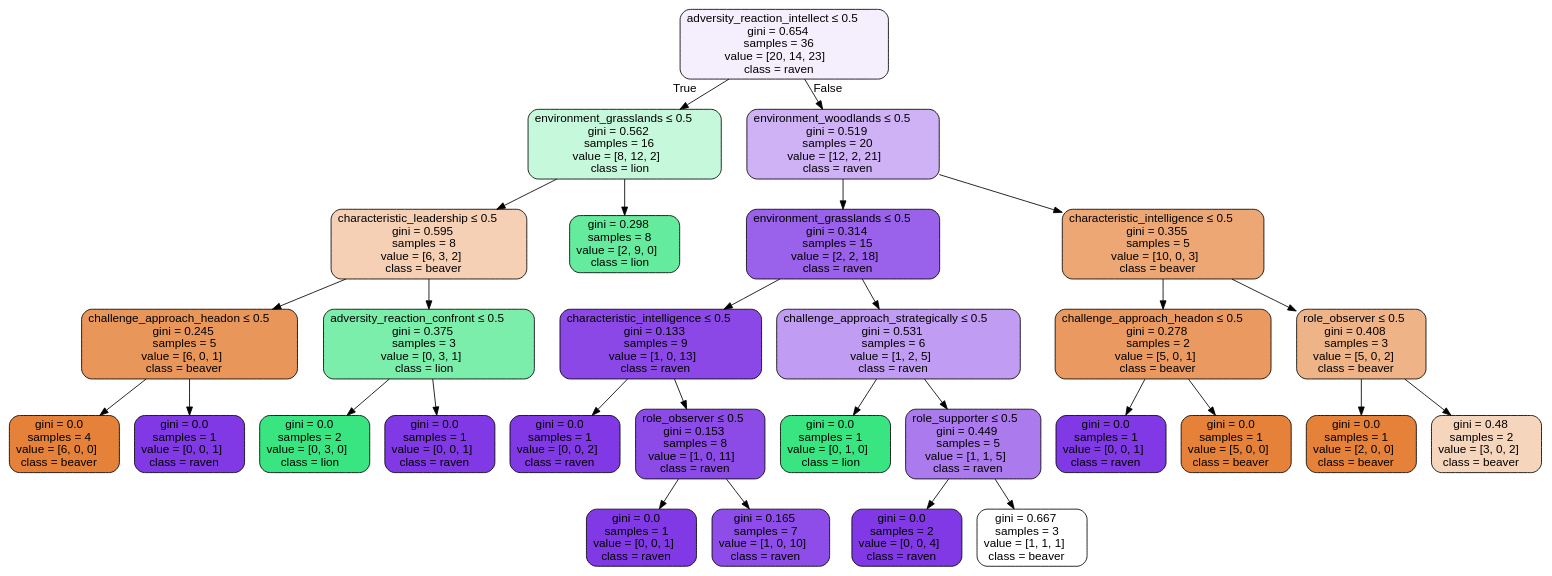
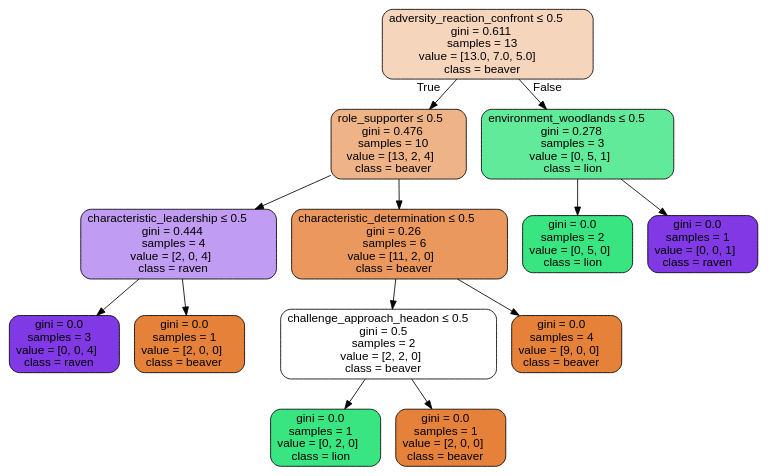
The diagram in BE/graph.dot (rphlmnbt/spirit-animal-test), drawn with Graphviz before and after one commit. The commit also changed 2 other files, not shown here.

```diff
--- a/BE/graph.dot
+++ b/BE/graph.dot
@@ -1,61 +1,29 @@
 digraph Tree {
 node [shape=box, style="filled, rounded", color="black", fontname="helvetica"] ;
 edge [fontname="helvetica"] ;
-0 [label=<adversity_reaction_intellect &le; 0.5<br/>gini = 0.654<br/>samples = 36<br/>value = [20, 14, 23]<br/>class = raven>, fillcolor="#f5effd"] ;
-1 [label=<environment_grasslands &le; 0.5<br/>gini = 0.562<br/>samples = 16<br/>value = [8, 12, 2]<br/>class = lion>, fillcolor="#c6f8db"] ;
+0 [label=<adversity_reaction_confront &le; 0.5<br/>gini = 0.611<br/>samples = 13<br/>value = [13.0, 7.0, 5.0]<br/>class = beaver>, fillcolor="#f6d5bd"] ;
+1 [label=<role_supporter &le; 0.5<br/>gini = 0.476<br/>samples = 10<br/>value = [13, 2, 4]<br/>class = beaver>, fillcolor="#efb388"] ;
 0 -> 1 [labeldistance=2.5, labelangle=45, headlabel="True"] ;
-2 [label=<characteristic_leadership &le; 0.5<br/>gini = 0.595<br/>samples = 8<br/>value = [6, 3, 2]<br/>class = beaver>, fillcolor="#f5d0b5"] ;
+2 [label=<characteristic_leadership &le; 0.5<br/>gini = 0.444<br/>samples = 4<br/>value = [2, 0, 4]<br/>class = raven>, fillcolor="#c09cf2"] ;
 1 -> 2 ;
-3 [label=<challenge_approach_headon &le; 0.5<br/>gini = 0.245<br/>samples = 5<br/>value = [6, 0, 1]<br/>class = beaver>, fillcolor="#e9965a"] ;
+3 [label=<gini = 0.0<br/>samples = 3<br/>value = [0, 0, 4]<br/>class = raven>, fillcolor="#8139e5"] ;
 2 -> 3 ;
-4 [label=<gini = 0.0<br/>samples = 4<br/>value = [6, 0, 0]<br/>class = beaver>, fillcolor="#e58139"] ;
-3 -> 4 ;
-5 [label=<gini = 0.0<br/>samples = 1<br/>value = [0, 0, 1]<br/>class = raven>, fillcolor="#8139e5"] ;
-3 -> 5 ;
-6 [label=<adversity_reaction_confront &le; 0.5<br/>gini = 0.375<br/>samples = 3<br/>value = [0, 3, 1]<br/>class = lion>, fillcolor="#7beeab"] ;
-2 -> 6 ;
-7 [label=<gini = 0.0<br/>samples = 2<br/>value = [0, 3, 0]<br/>class = lion>, fillcolor="#39e581"] ;
+4 [label=<gini = 0.0<br/>samples = 1<br/>value = [2, 0, 0]<br/>class = beaver>, fillcolor="#e58139"] ;
+2 -> 4 ;
+5 [label=<characteristic_determination &le; 0.5<br/>gini = 0.26<br/>samples = 6<br/>value = [11, 2, 0]<br/>class = beaver>, fillcolor="#ea985d"] ;
+1 -> 5 ;
+6 [label=<challenge_approach_headon &le; 0.5<br/>gini = 0.5<br/>samples = 2<br/>value = [2, 2, 0]<br/>class = beaver>, fillcolor="#ffffff"] ;
+5 -> 6 ;
+7 [label=<gini = 0.0<br/>samples = 1<br/>value = [0, 2, 0]<br/>class = lion>, fillcolor="#39e581"] ;
 6 -> 7 ;
-8 [label=<gini = 0.0<br/>samples = 1<br/>value = [0, 0, 1]<br/>class = raven>, fillcolor="#8139e5"] ;
+8 [label=<gini = 0.0<br/>samples = 1<br/>value = [2, 0, 0]<br/>class = beaver>, fillcolor="#e58139"] ;
 6 -> 8 ;
-9 [label=<gini = 0.298<br/>samples = 8<br/>value = [2, 9, 0]<br/>class = lion>, fillcolor="#65eb9d"] ;
-1 -> 9 ;
-10 [label=<environment_woodlands &le; 0.5<br/>gini = 0.519<br/>samples = 20<br/>value = [12, 2, 21]<br/>class = raven>, fillcolor="#ceb2f5"] ;
+9 [label=<gini = 0.0<br/>samples = 4<br/>value = [9, 0, 0]<br/>class = beaver>, fillcolor="#e58139"] ;
+5 -> 9 ;
+10 [label=<environment_woodlands &le; 0.5<br/>gini = 0.278<br/>samples = 3<br/>value = [0, 5, 1]<br/>class = lion>, fillcolor="#61ea9a"] ;
 0 -> 10 [labeldistance=2.5, labelangle=-45, headlabel="False"] ;
-11 [label=<environment_grasslands &le; 0.5<br/>gini = 0.314<br/>samples = 15<br/>value = [2, 2, 18]<br/>class = raven>, fillcolor="#9a61ea"] ;
+11 [label=<gini = 0.0<br/>samples = 2<br/>value = [0, 5, 0]<br/>class = lion>, fillcolor="#39e581"] ;
 10 -> 11 ;
-12 [label=<characteristic_intelligence &le; 0.5<br/>gini = 0.133<br/>samples = 9<br/>value = [1, 0, 13]<br/>class = raven>, fillcolor="#8b48e7"] ;
-11 -> 12 ;
-13 [label=<gini = 0.0<br/>samples = 1<br/>value = [0, 0, 2]<br/>class = raven>, fillcolor="#8139e5"] ;
-12 -> 13 ;
-14 [label=<role_observer &le; 0.5<br/>gini = 0.153<br/>samples = 8<br/>value = [1, 0, 11]<br/>class = raven>, fillcolor="#8c4be7"] ;
-12 -> 14 ;
-15 [label=<gini = 0.0<br/>samples = 1<br/>value = [0, 0, 1]<br/>class = raven>, fillcolor="#8139e5"] ;
-14 -> 15 ;
-16 [label=<gini = 0.165<br/>samples = 7<br/>value = [1, 0, 10]<br/>class = raven>, fillcolor="#8e4de8"] ;
-14 -> 16 ;
-17 [label=<challenge_approach_strategically &le; 0.5<br/>gini = 0.531<br/>samples = 6<br/>value = [1, 2, 5]<br/>class = raven>, fillcolor="#c09cf2"] ;
-11 -> 17 ;
-18 [label=<gini = 0.0<br/>samples = 1<br/>value = [0, 1, 0]<br/>class = lion>, fillcolor="#39e581"] ;
-17 -> 18 ;
-19 [label=<role_supporter &le; 0.5<br/>gini = 0.449<br/>samples = 5<br/>value = [1, 1, 5]<br/>class = raven>, fillcolor="#ab7bee"] ;
-17 -> 19 ;
-20 [label=<gini = 0.0<br/>samples = 2<br/>value = [0, 0, 4]<br/>class = raven>, fillcolor="#8139e5"] ;
-19 -> 20 ;
-21 [label=<gini = 0.667<br/>samples = 3<br/>value = [1, 1, 1]<br/>class = beaver>, fillcolor="#ffffff"] ;
-19 -> 21 ;
-22 [label=<characteristic_intelligence &le; 0.5<br/>gini = 0.355<br/>samples = 5<br/>value = [10, 0, 3]<br/>class = beaver>, fillcolor="#eda774"] ;
-10 -> 22 ;
-23 [label=<challenge_approach_headon &le; 0.5<br/>gini = 0.278<br/>samples = 2<br/>value = [5, 0, 1]<br/>class = beaver>, fillcolor="#ea9a61"] ;
-22 -> 23 ;
-24 [label=<gini = 0.0<br/>samples = 1<br/>value = [0, 0, 1]<br/>class = raven>, fillcolor="#8139e5"] ;
-23 -> 24 ;
-25 [label=<gini = 0.0<br/>samples = 1<br/>value = [5, 0, 0]<br/>class = beaver>, fillcolor="#e58139"] ;
-23 -> 25 ;
-26 [label=<role_observer &le; 0.5<br/>gini = 0.408<br/>samples = 3<br/>value = [5, 0, 2]<br/>class = beaver>, fillcolor="#efb388"] ;
-22 -> 26 ;
-27 [label=<gini = 0.0<br/>samples = 1<br/>value = [2, 0, 0]<br/>class = beaver>, fillcolor="#e58139"] ;
-26 -> 27 ;
-28 [label=<gini = 0.48<br/>samples = 2<br/>value = [3, 0, 2]<br/>class = beaver>, fillcolor="#f6d5bd"] ;
-26 -> 28 ;
+12 [label=<gini = 0.0<br/>samples = 1<br/>value = [0, 0, 1]<br/>class = raven>, fillcolor="#8139e5"] ;
+10 -> 12 ;
 }
```
